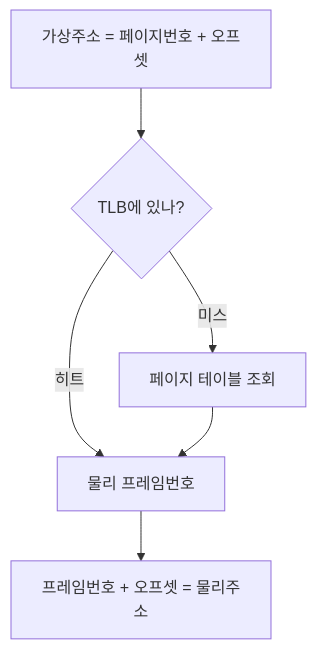
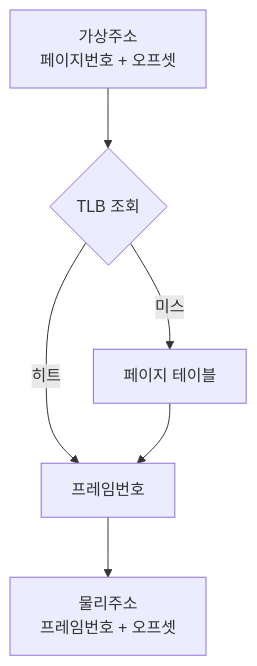
The first of 3 diagrams in summary-notes/운영체제.md (Byeongchan99/CS-Card), drawn with Mermaid before and after one commit. The commit also changed 4 other files, not shown here.

First line of the commit message:
fix: 다이어그램 3종 문제 수정

````diff
--- a/summary-notes/운영체제.md
+++ b/summary-notes/운영체제.md
@@ -33,8 +33,9 @@
 ```mermaid
+%%{init: {'flowchart': {'rankSpacing': 60, 'nodeSpacing': 45}}}%%
 flowchart TD
-    V["가상주소 = 페이지번호 + 오프셋"] --> T{"TLB에 있나?"}
-    T -->|히트| P["물리 프레임번호"]
-    T -->|미스| PT["페이지 테이블 조회"]
+    V["가상주소<br/>페이지번호 + 오프셋"] --> T{"TLB 조회"}
+    T -->|히트| P["프레임번호"]
+    T -->|미스| PT["페이지 테이블"]
     PT --> P
-    P --> R["프레임번호 + 오프셋 = 물리주소"]
+    P --> R["물리주소<br/>프레임번호 + 오프셋"]
 ```
````
